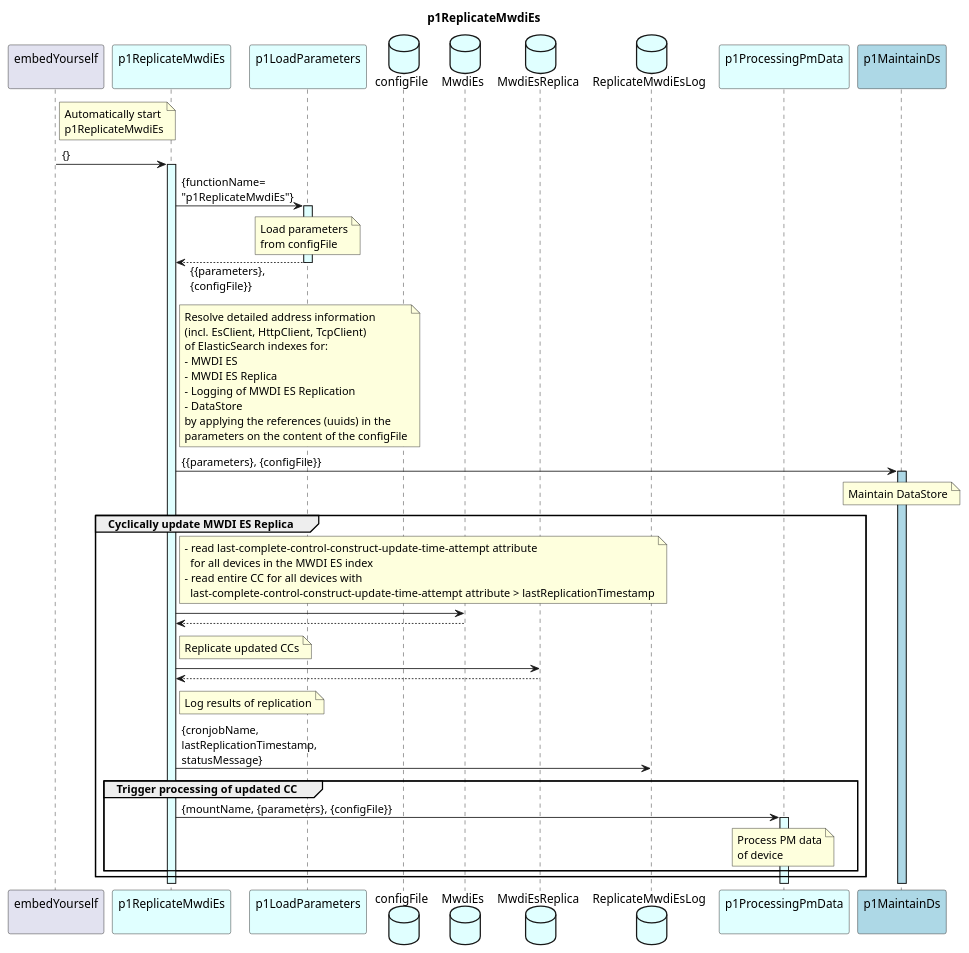
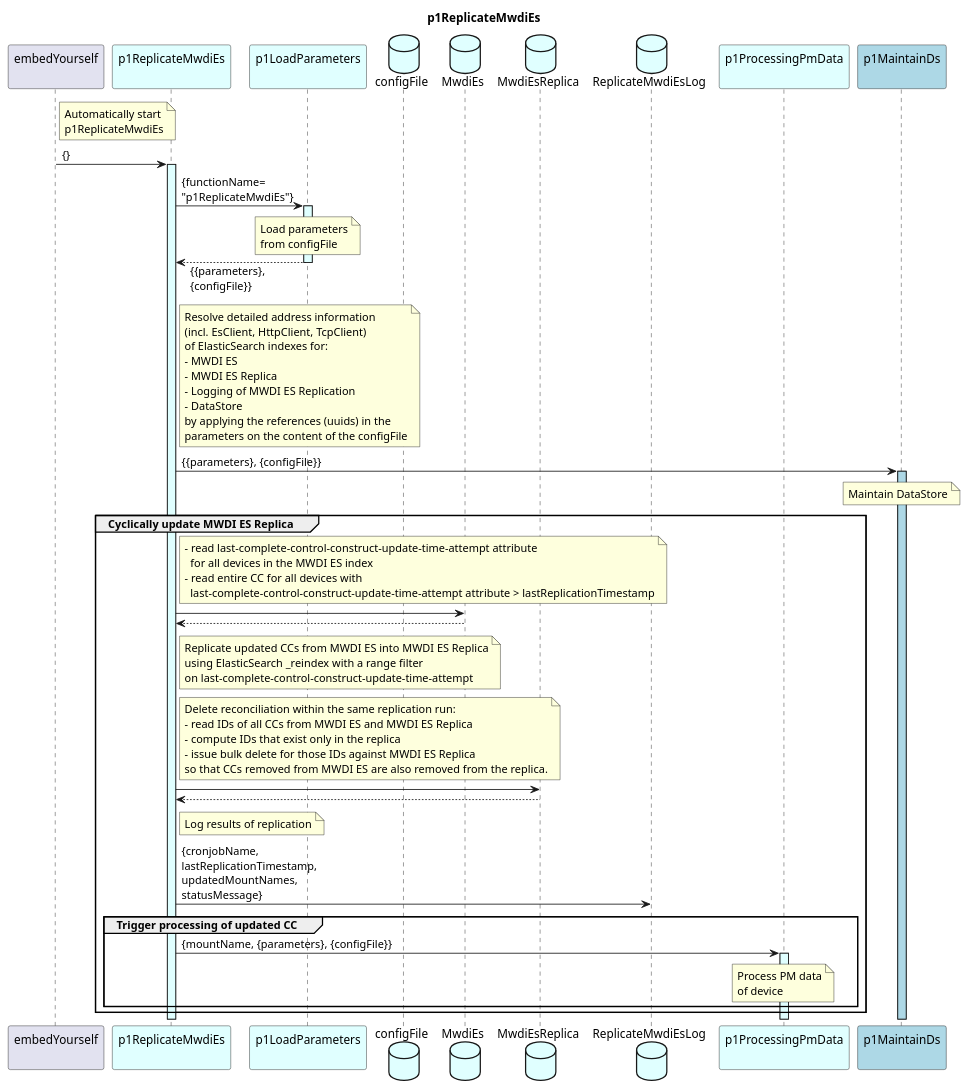
One commit to openBackhaul/DevicePerformanceManagementDataProcessor changed the diagram in spec/Functions/specificFunctions/p1ReplicateMwdiEs/p1ReplicateMwdiEs.plantuml. Above: the diagram before and after it, drawn with PlantUML. The commit also changed 3 other files, not shown here.

```diff
--- a/spec/Functions/specificFunctions/p1ReplicateMwdiEs/p1ReplicateMwdiEs.plantuml
+++ b/spec/Functions/specificFunctions/p1ReplicateMwdiEs/p1ReplicateMwdiEs.plantuml
@@ -1,88 +1,98 @@
 @startuml p1ReplicateMwdiEs
 skinparam responseMessageBelowArrow true
 
 title
   p1ReplicateMwdiEs
 end title
 
 participant "embedYourself\n" as embed
 participant "p1ReplicateMwdiEs\n" as p1RMWDI #LightCyan
 participant "p1LoadParameters\n" as p1LP #LightCyan
 database "configFile" as configFile #LightCyan
 
 database "MwdiEs" as mwdiEs #LightCyan
 database "MwdiEsReplica" as mwdiEsReplica #LightCyan
 database "ReplicateMwdiEsLog" as log #LightCyan
 
 participant "p1ProcessingPmData\n" as p1ProOrch #LightCyan
 participant "p1MaintainDs\n" as p1MDS #LightBlue
 
 note right embed
   Automatically start
   p1ReplicateMwdiEs
 end note
 embed -> p1RMWDI : {}
 activate p1RMWDI #LightCyan
 
   p1RMWDI -> p1LP : {functionName=\n"p1ReplicateMwdiEs"}
   activate p1LP #LightCyan
     note over p1LP
       Load parameters
       from configFile
     end note
   p1RMWDI <-- p1LP : {{parameters},\n{configFile}}
   deactivate p1LP
 
   note right p1RMWDI
     Resolve detailed address information 
     (incl. EsClient, HttpClient, TcpClient)
     of ElasticSearch indexes for:
     - MWDI ES
     - MWDI ES Replica
     - Logging of MWDI ES Replication
     - DataStore
     by applying the references (uuids) in the
     parameters on the content of the configFile
   end note
 
   p1RMWDI -> p1MDS : {{parameters}, {configFile}}
   activate p1MDS #LightBlue
     note over p1MDS
       Maintain DataStore
     end note
 
   group Cyclically update MWDI ES Replica
 
     note right p1RMWDI
       - read last-complete-control-construct-update-time-attempt attribute
         for all devices in the MWDI ES index
       - read entire CC for all devices with
         last-complete-control-construct-update-time-attempt attribute > lastReplicationTimestamp
     end note
     p1RMWDI -> mwdiEs
     p1RMWDI <-- mwdiEs
 
     note right p1RMWDI
-      Replicate updated CCs
+      Replicate updated CCs from MWDI ES into MWDI ES Replica
+      using ElasticSearch _reindex with a range filter
+      on last-complete-control-construct-update-time-attempt
+    end note
+
+    note right p1RMWDI
+      Delete reconciliation within the same replication run:
+      - read IDs of all CCs from MWDI ES and MWDI ES Replica
+      - compute IDs that exist only in the replica
+      - issue bulk delete for those IDs against MWDI ES Replica
+      so that CCs removed from MWDI ES are also removed from the replica.
     end note
     p1RMWDI -> mwdiEsReplica
     p1RMWDI <-- mwdiEsReplica
 
     note right p1RMWDI
       Log results of replication
     end note
-    p1RMWDI -> log : {cronjobName,\nlastReplicationTimestamp,\nstatusMessage}
+    p1RMWDI -> log : {cronjobName,\nlastReplicationTimestamp,\nupdatedMountNames,\nstatusMessage}
 
 
     group Trigger processing of updated CC
       p1RMWDI -> p1ProOrch : {mountName, {parameters}, {configFile}}
       activate p1ProOrch #LightCyan
         note over p1ProOrch
           Process PM data
           of device
         end note
     end
 
   end
 
 @enduml
```
